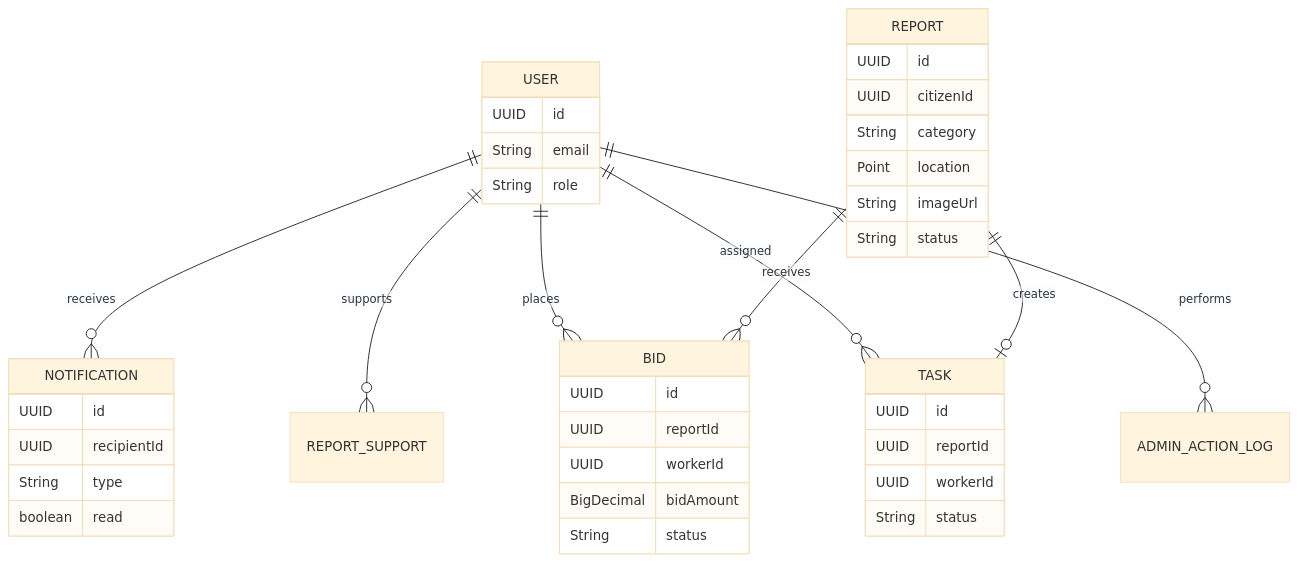
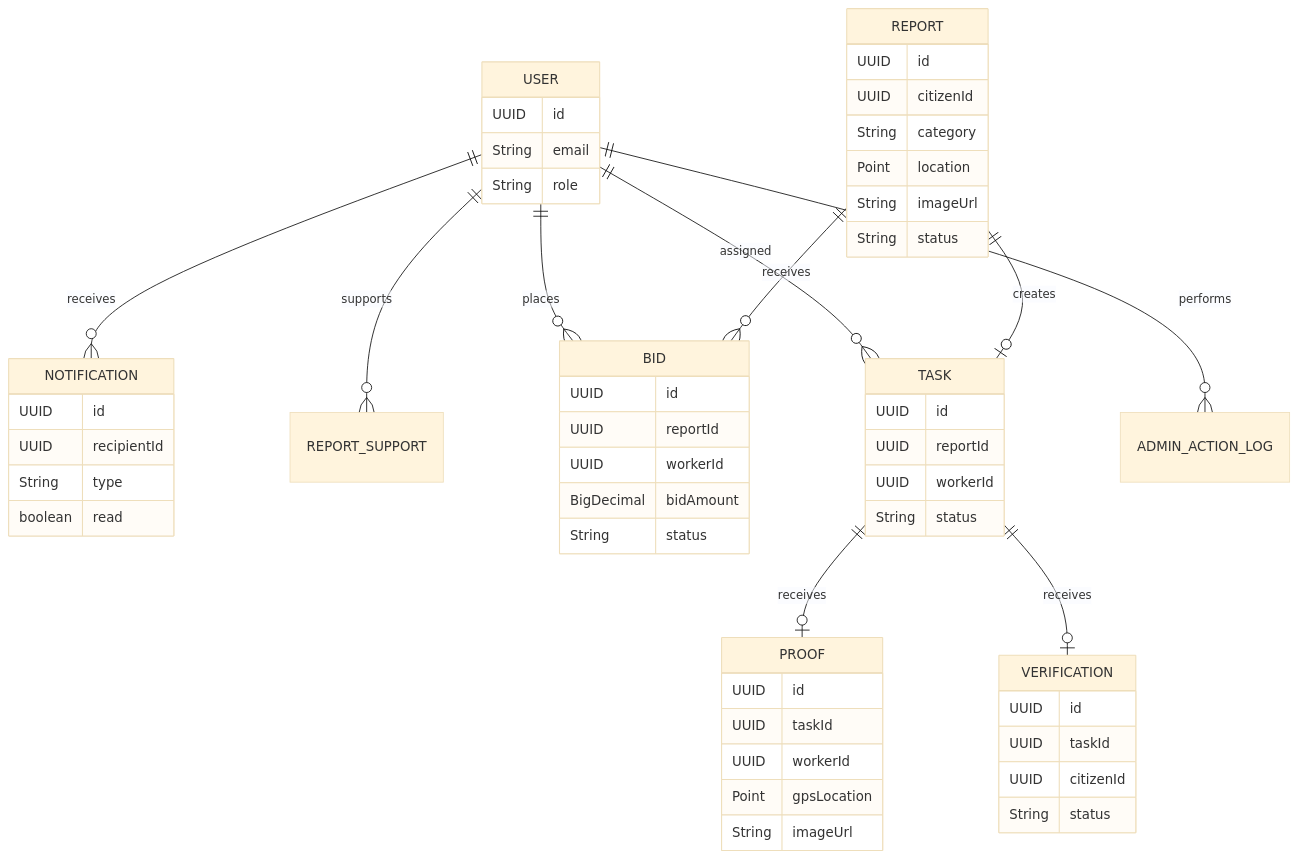
One commit to OmkarDongre7772/SnapFix-Backend changed the ninth of 11 diagrams in README.md. Above: the diagram before and after it, drawn with Mermaid (base theme). The commit also changed other lines of this file and 23 other files, not shown here.

First line of the commit message:
Release-3: Phase 1,2- Proof Upload & Citizen Verification Complete

````diff
--- a/README.md
+++ b/README.md
@@ -332,48 +382,65 @@
 ```mermaid
 erDiagram
 
     USER ||--o{ NOTIFICATION : receives
     USER ||--o{ REPORT_SUPPORT : supports
     USER ||--o{ BID : places
     USER ||--o{ TASK : assigned
     USER ||--o{ ADMIN_ACTION_LOG : performs
     REPORT ||--o{ BID : receives
     REPORT ||--o| TASK : creates
+    TASK ||--o| PROOF : receives
+    TASK ||--o| VERIFICATION : receives
 
     USER {
         UUID id
         String email
         String role
     }
 
     REPORT {
         UUID id
         UUID citizenId
         String category
         Point location
         String imageUrl
         String status
     }
 
     BID {
         UUID id
         UUID reportId
         UUID workerId
         BigDecimal bidAmount
         String status
     }
 
     TASK {
         UUID id
         UUID reportId
         UUID workerId
         String status
     }
 
+    PROOF {
+        UUID id
+        UUID taskId
+        UUID workerId
+        Point gpsLocation
+        String imageUrl
+    }
+
+    VERIFICATION {
+        UUID id
+        UUID taskId
+        UUID citizenId
+        String status
+    }
+
     NOTIFICATION {
         UUID id
         UUID recipientId
         String type
         boolean read
     }
 ```
````
